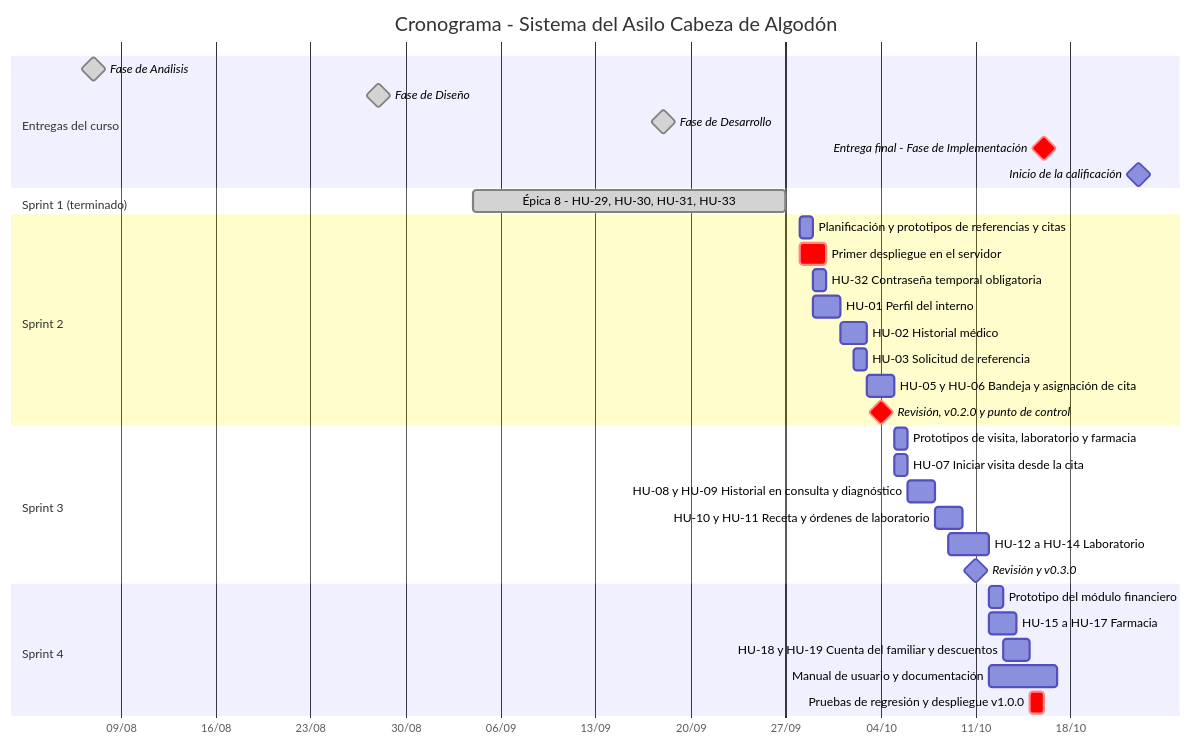
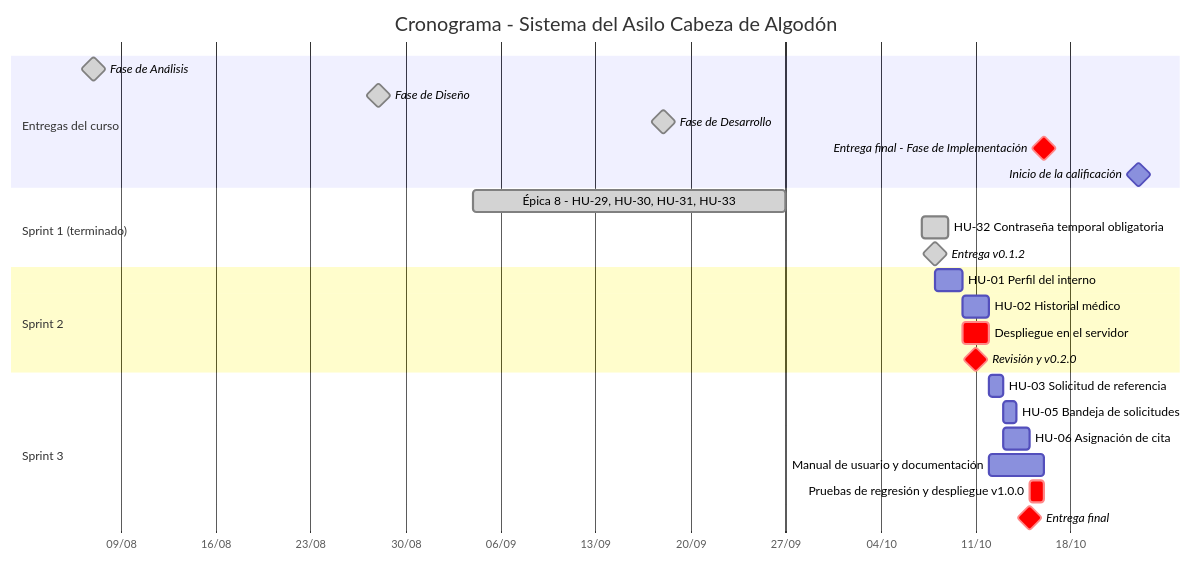
The first of 18 diagrams in docs/fase-diseno.md (Hoakin26/Sistema-Gestion-Asilo), drawn with Mermaid before and after one commit. The commit also changed other lines of this file, not shown here.

Commit message:
Replanifica los sprints restantes y reduce el alcance del MVP

````diff
--- a/docs/fase-diseno.md
+++ b/docs/fase-diseno.md
@@ -192,42 +229,33 @@
 ```mermaid
 gantt
     title Cronograma - Sistema del Asilo Cabeza de Algodón
     dateFormat YYYY-MM-DD
     axisFormat %d/%m
     todayMarker off
 
     section Entregas del curso
     Fase de Análisis                       :milestone, done, e1, 2026-08-07, 0d
     Fase de Diseño                         :milestone, done, e2, 2026-08-28, 0d
     Fase de Desarrollo                     :milestone, done, e3, 2026-09-18, 0d
     Entrega final - Fase de Implementación :milestone, crit, e4, 2026-10-16, 0d
     Inicio de la calificación              :milestone, e5, 2026-10-23, 0d
 
     section Sprint 1 (terminado)
     Épica 8 - HU-29, HU-30, HU-31, HU-33   :done, s1, 2026-09-04, 23d
+    HU-32 Contraseña temporal obligatoria  :done, s1b, 2026-10-07, 2d
+    Entrega v0.1.2                         :milestone, done, m1, 2026-10-08, 0d
 
     section Sprint 2
-    Planificación y prototipos de referencias y citas :s2p, 2026-09-28, 1d
-    Primer despliegue en el servidor       :crit, s2d, 2026-09-28, 2d
-    HU-32 Contraseña temporal obligatoria  :s2a, 2026-09-29, 1d
-    HU-01 Perfil del interno               :s2b, 2026-09-29, 2d
-    HU-02 Historial médico                 :s2c, 2026-10-01, 2d
-    HU-03 Solicitud de referencia          :s2e, 2026-10-02, 1d
-    HU-05 y HU-06 Bandeja y asignación de cita :s2f, 2026-10-03, 2d
-    Revisión, v0.2.0 y punto de control    :milestone, crit, m2, 2026-10-04, 0d
+    HU-01 Perfil del interno               :s2a, 2026-10-08, 2d
+    HU-02 Historial médico                 :s2b, 2026-10-10, 2d
+    Despliegue en el servidor              :crit, s2d, 2026-10-10, 2d
+    Revisión y v0.2.0                      :milestone, crit, m2, 2026-10-11, 0d
 
     section Sprint 3
-    Prototipos de visita, laboratorio y farmacia :s3p, 2026-10-05, 1d
-    HU-07 Iniciar visita desde la cita     :s3a, 2026-10-05, 1d
-    HU-08 y HU-09 Historial en consulta y diagnóstico :s3b, 2026-10-06, 2d
-    HU-10 y HU-11 Receta y órdenes de laboratorio :s3c, 2026-10-08, 2d
-    HU-12 a HU-14 Laboratorio              :s3d, 2026-10-09, 3d
-    Revisión y v0.3.0                      :milestone, m3, 2026-10-11, 0d
-
-    section Sprint 4
-    Prototipo del módulo financiero        :s4p, 2026-10-12, 1d
-    HU-15 a HU-17 Farmacia                 :s4a, 2026-10-12, 2d
-    HU-18 y HU-19 Cuenta del familiar y descuentos :s4b, 2026-10-13, 2d
-    Manual de usuario y documentación      :s4m, 2026-10-12, 5d
-    Pruebas de regresión y despliegue v1.0.0 :crit, s4d, 2026-10-15, 1d
+    HU-03 Solicitud de referencia          :s3a, 2026-10-12, 1d
+    HU-05 Bandeja de solicitudes           :s3b, 2026-10-13, 1d
+    HU-06 Asignación de cita               :s3c, 2026-10-13, 2d
+    Manual de usuario y documentación      :s3m, 2026-10-12, 4d
+    Pruebas de regresión y despliegue v1.0.0 :crit, s3d, 2026-10-15, 1d
+    Entrega final                          :milestone, crit, m3, 2026-10-15, 0d
 ```
````
